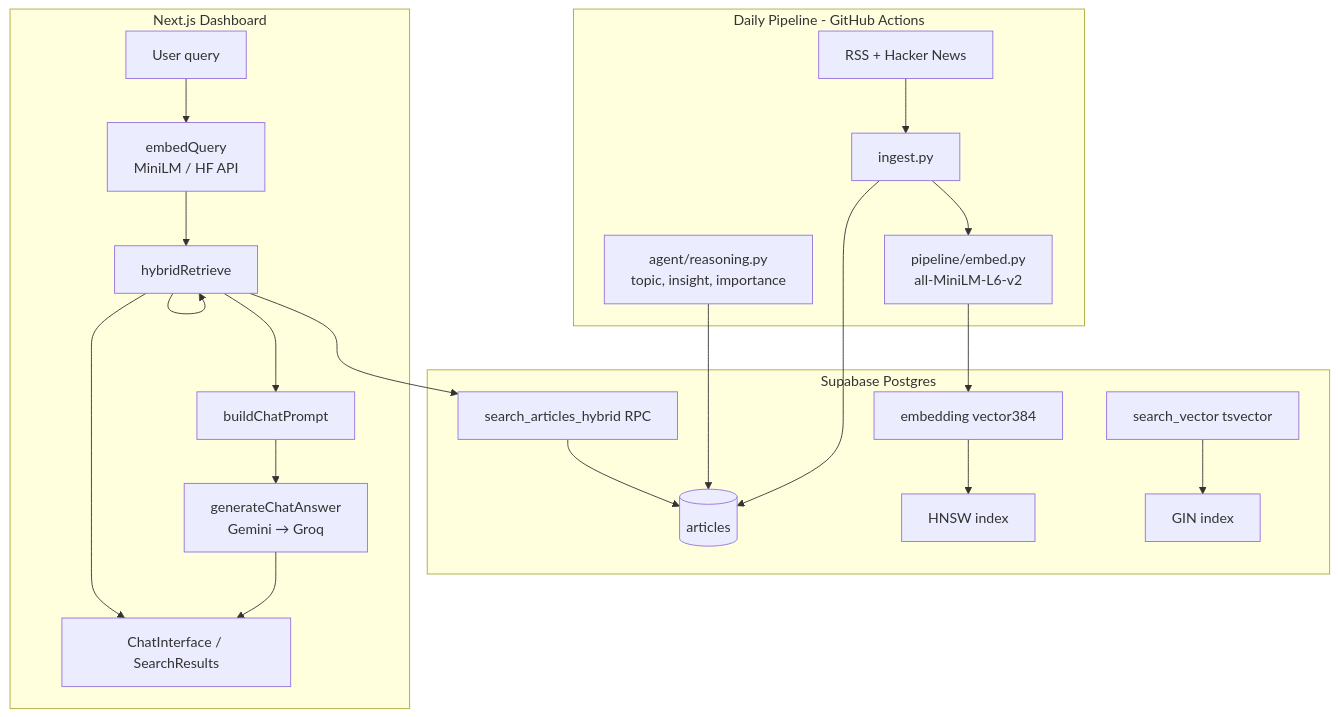
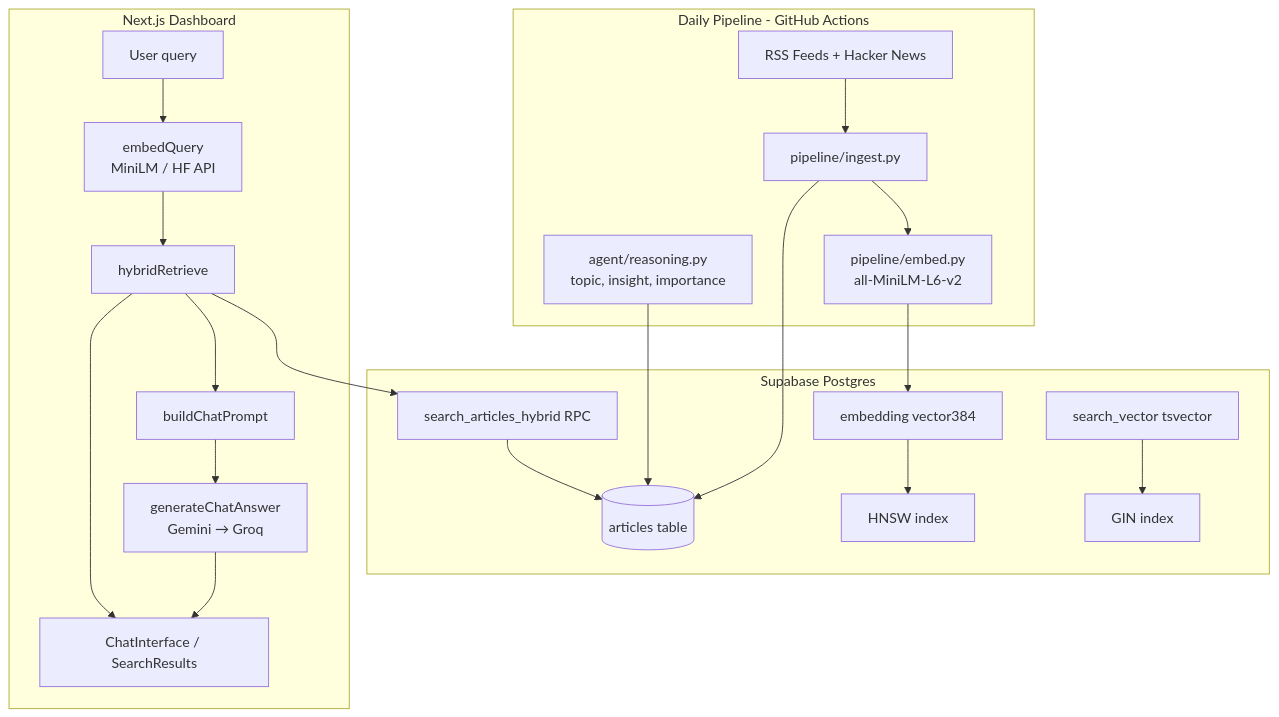
Before and after one commit to Ssaammmmiitt/Skim: the diagram in docs/rag.md, drawn with Mermaid. The commit also changed other lines of this file and 9 other files, not shown here.

````diff
--- a/docs/rag.md
+++ b/docs/rag.md
@@ -54,40 +58,39 @@
 ```mermaid
 flowchart TB
     subgraph ingest [Daily Pipeline - GitHub Actions]
-        RSS[RSS + Hacker News]
-        ING[ingest.py]
+        RSS[RSS Feeds + Hacker News]
+        ING[pipeline/ingest.py]
         EMB[pipeline/embed.py<br/>all-MiniLM-L6-v2]
         AGT[agent/reasoning.py<br/>topic, insight, importance]
     end
 
     subgraph db [Supabase Postgres]
-        ART[(articles)]
+        ART[(articles table)]
         VEC[embedding vector384]
         FTS[search_vector tsvector]
         HNSW[HNSW index]
         GIN[GIN index]
         RPC[search_articles_hybrid RPC]
     end
 
     subgraph dashboard [Next.js Dashboard]
         Q[User query]
         EQ[embedQuery<br/>MiniLM / HF API]
         HR[hybridRetrieve]
         PROMPT[buildChatPrompt]
         LLM[generateChatAnswer<br/>Gemini → Groq]
         UI[ChatInterface / SearchResults]
     end
 
     RSS --> ING --> ART
     ING --> EMB --> VEC
     AGT --> ART
     VEC --> HNSW
     FTS --> GIN
 
     Q --> EQ --> HR
     HR --> RPC
-    HR --> HR
     RPC --> ART
     HR --> PROMPT --> LLM --> UI
     HR --> UI
 ```
````
